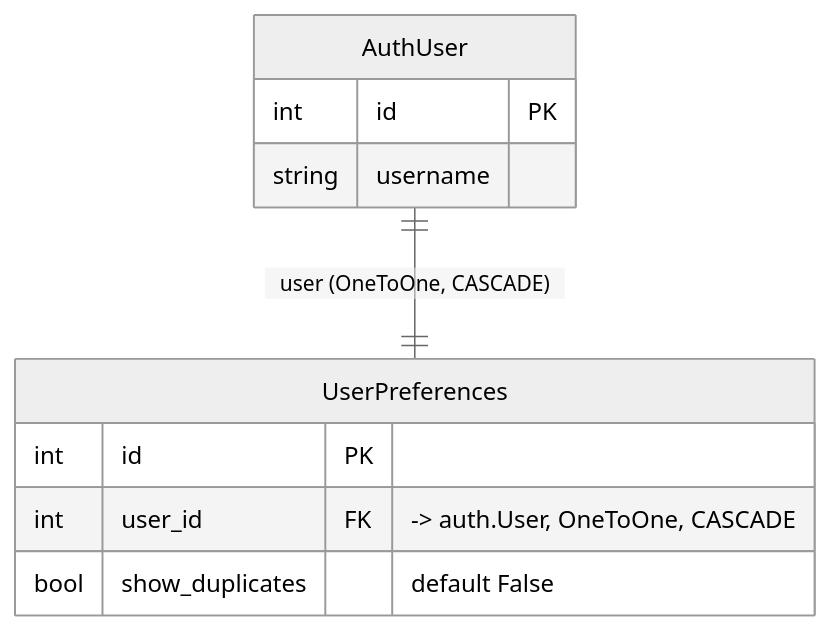
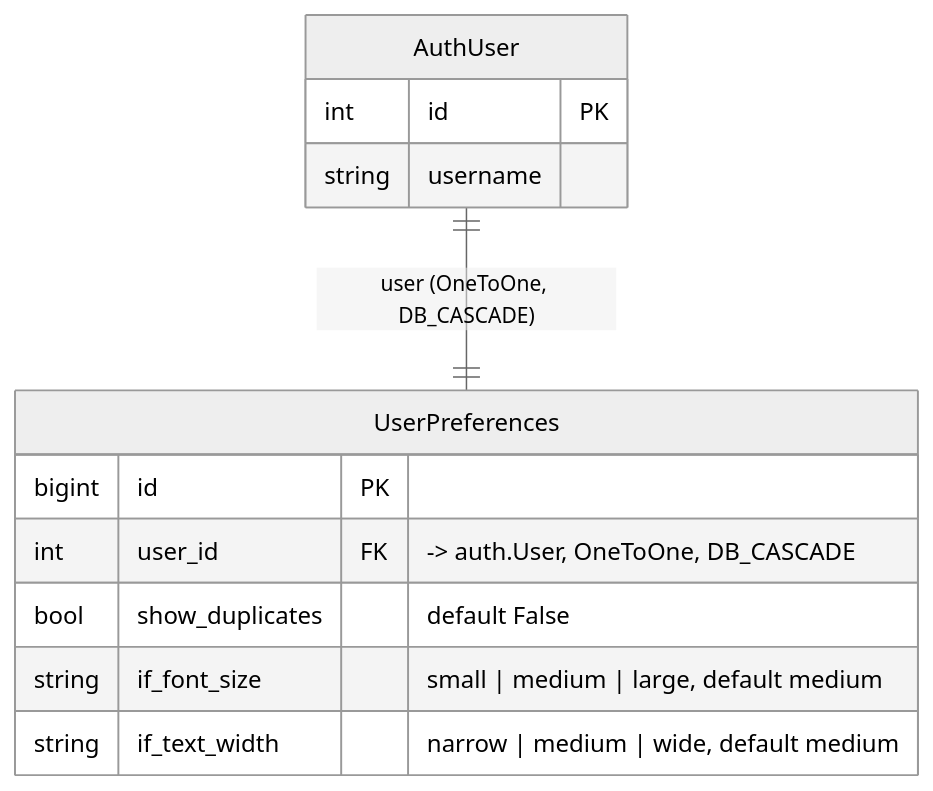
Before and after one commit to bschollnick/QuickBBS: the diagram in docs/design documents/user_preferences_erd.md, drawn with Mermaid (neutral theme). The commit also changed other lines of this file and 99 other files, not shown here.

````diff
--- a/docs/design documents/user_preferences_erd.md
+++ b/docs/design documents/user_preferences_erd.md
@@ -18,15 +21,17 @@
 ```mermaid
 erDiagram
-    AuthUser ||--|| UserPreferences : "user (OneToOne, CASCADE)"
+    AuthUser ||--|| UserPreferences : "user (OneToOne, DB_CASCADE)"
 
     UserPreferences {
-        int id PK
-        int user_id FK "-> auth.User, OneToOne, CASCADE"
+        bigint id PK
+        int user_id FK "-> auth.User, OneToOne, DB_CASCADE"
         bool show_duplicates "default False"
+        string if_font_size "small | medium | large, default medium"
+        string if_text_width "narrow | medium | wide, default medium"
     }
 
     AuthUser {
         int id PK
         string username
     }
 ```
````
